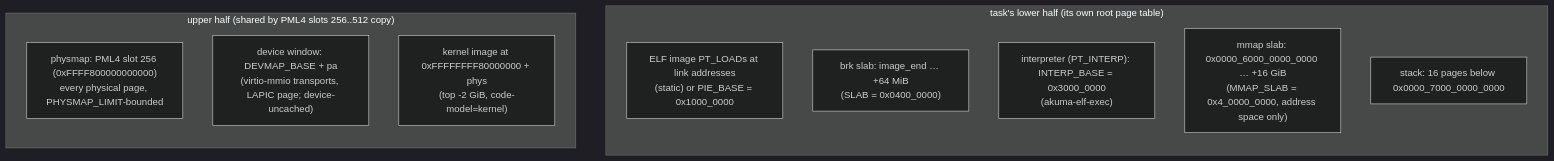
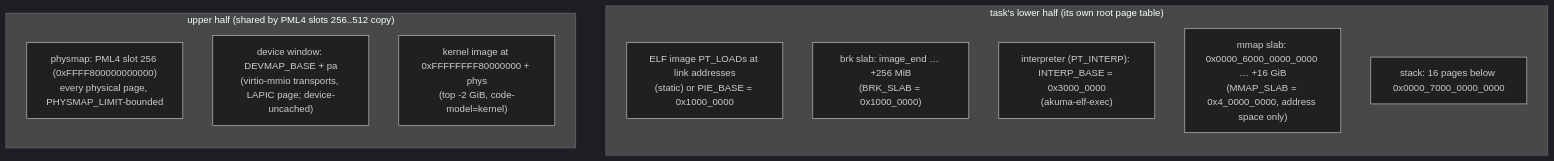
One commit to netoneko/akuma changed the diagram in taoxichuan/docs/diagrams/memory-map.md. Above: the diagram before and after it, drawn with Mermaid (dark theme). The commit also changed 31 other files, not shown here.

````diff
--- a/taoxichuan/docs/diagrams/memory-map.md
+++ b/taoxichuan/docs/diagrams/memory-map.md
@@ -5,15 +5,15 @@
 ```mermaid
 flowchart BT
     subgraph user["task's lower half (its own root page table)"]
         U1["ELF image PT_LOADs at link addresses<br/>(static) or PIE_BASE = 0x1000_0000"]
-        U2["brk slab: image_end … +64 MiB<br/>(SLAB = 0x0400_0000)"]
+        U2["brk slab: image_end … +256 MiB<br/>(BRK_SLAB = 0x1000_0000)"]
         U3["interpreter (PT_INTERP): INTERP_BASE = 0x3000_0000<br/>(akuma-elf-exec)"]
         U4["mmap slab: 0x0000_6000_0000_0000 … +16 GiB<br/>(MMAP_SLAB = 0x4_0000_0000, address space only)"]
         U5["stack: 16 pages below 0x0000_7000_0000_0000"]
     end
     subgraph kernel["upper half (shared by PML4 slots 256..512 copy)"]
         K1["physmap: PML4 slot 256 (0xFFFF800000000000)<br/>every physical page, PHYSMAP_LIMIT-bounded"]
         K2["device window: DEVMAP_BASE + pa<br/>(virtio-mmio transports, LAPIC page; device-uncached)"]
         K3["kernel image at 0xFFFFFFFF80000000 + phys<br/>(top -2 GiB, code-model=kernel)"]
     end
 ```
````
